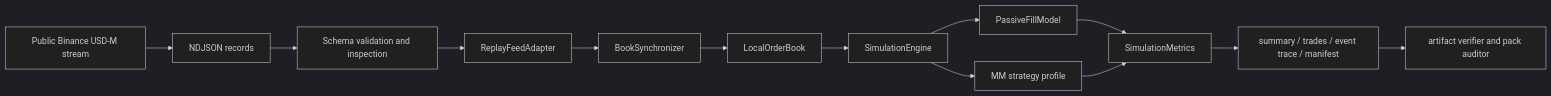
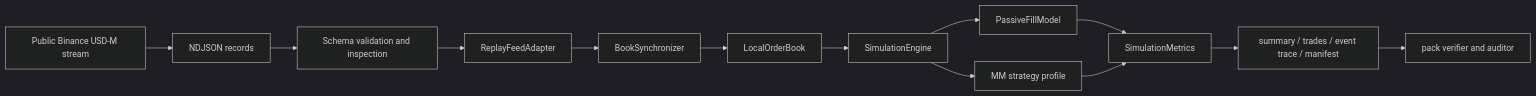
Before and after one commit to gobrienHFT/lob_sim: the diagram in docs/interview_packet.md, drawn with Mermaid (dark theme). The commit also changed other lines of this file and 6 other files, not shown here.

````diff
--- a/docs/interview_packet.md
+++ b/docs/interview_packet.md
@@ -19,15 +18,15 @@
 ```mermaid
 flowchart LR
   A["Public Binance USD-M stream"] --> B["NDJSON records"]
   B --> C["Schema validation and inspection"]
   C --> D["ReplayFeedAdapter"]
   D --> E["BookSynchronizer"]
   E --> F["LocalOrderBook"]
   F --> G["SimulationEngine"]
   G --> H["PassiveFillModel"]
   G --> I["MM strategy profile"]
   H --> J["SimulationMetrics"]
   I --> J
   J --> K["summary / trades / event trace / manifest"]
-  K --> L["artifact verifier and pack auditor"]
+  K --> L["pack verifier and auditor"]
 ```
````
